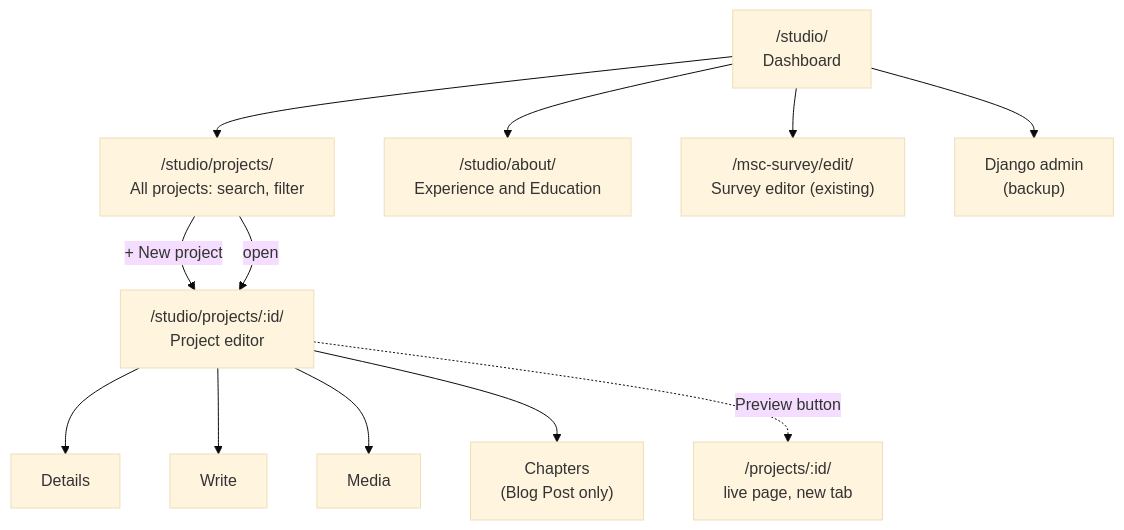
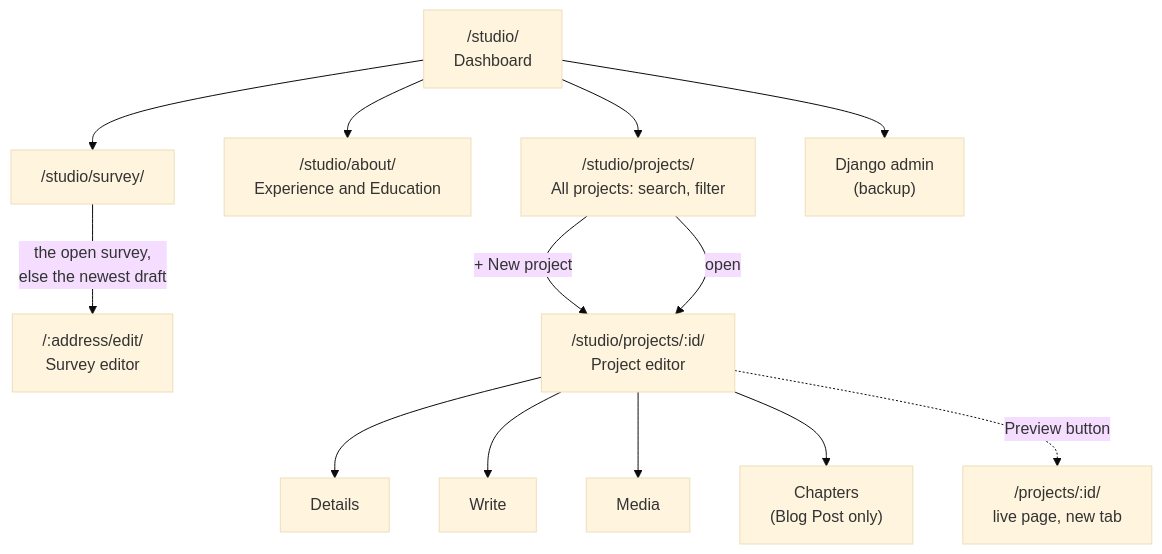
One commit to adhenzmiranda/am-portfolio-website changed the first of 3 diagrams in docs/STUDIO_ARCHITECTURE.md. Above: the diagram before and after it, drawn with Mermaid (base theme). The commit also changed other lines of this file and 14 other files, not shown here.

First line of the commit message:
Studio: the survey editor joins Studio

````diff
--- a/docs/STUDIO_ARCHITECTURE.md
+++ b/docs/STUDIO_ARCHITECTURE.md
@@ -31,14 +32,14 @@
 ```mermaid
 flowchart TD
     D["/studio/<br/>Dashboard"] --> P["/studio/projects/<br/>All projects: search, filter"]
     D --> A["/studio/about/<br/>Experience and Education"]
-    D --> S["/msc-survey/edit/<br/>Survey editor (existing)"]
+    D --> SS["/studio/survey/"] -->|"the open survey,<br/>else the newest draft"| S["/:address/edit/<br/>Survey editor"]
     D --> X["Django admin<br/>(backup)"]
     P -->|"+ New project"| E
     P -->|open| E["/studio/projects/:id/<br/>Project editor"]
     E --> T1["Details"]
     E --> T2["Write"]
     E --> T3["Media"]
     E --> T4["Chapters<br/>(Blog Post only)"]
     E -.->|Preview button| L["/projects/:id/<br/>live page, new tab"]
 ```
````
